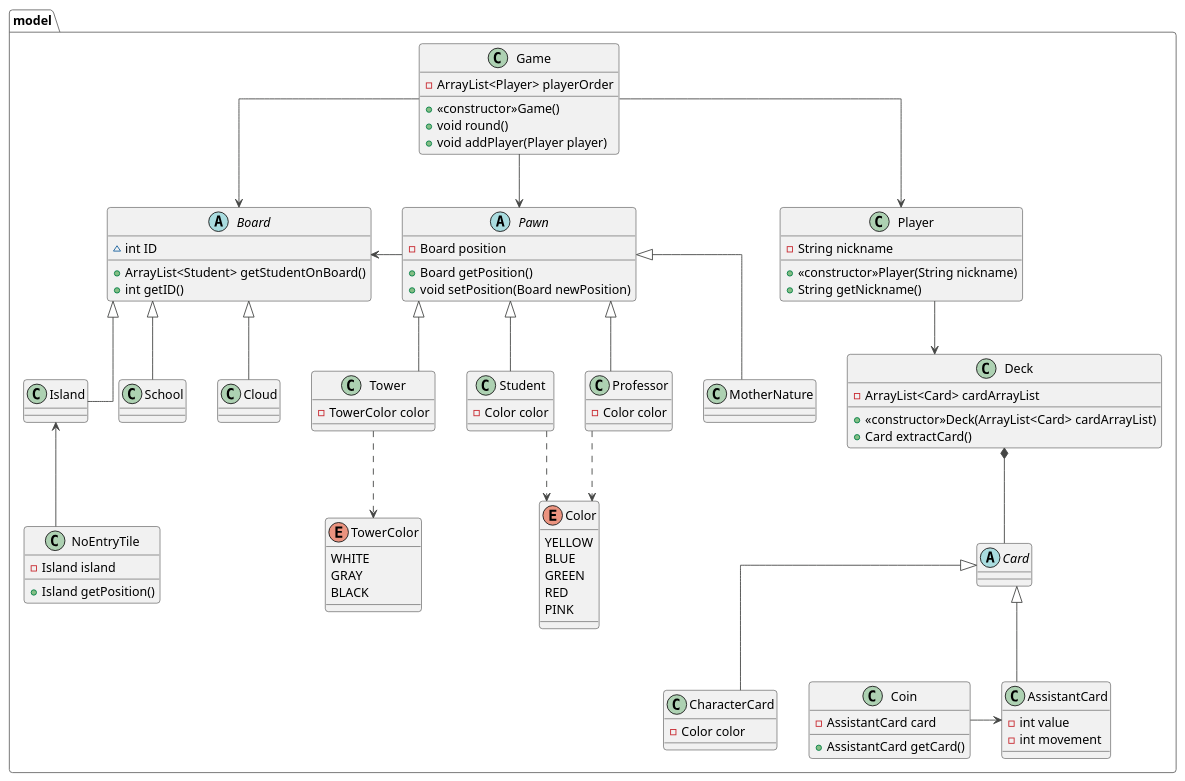
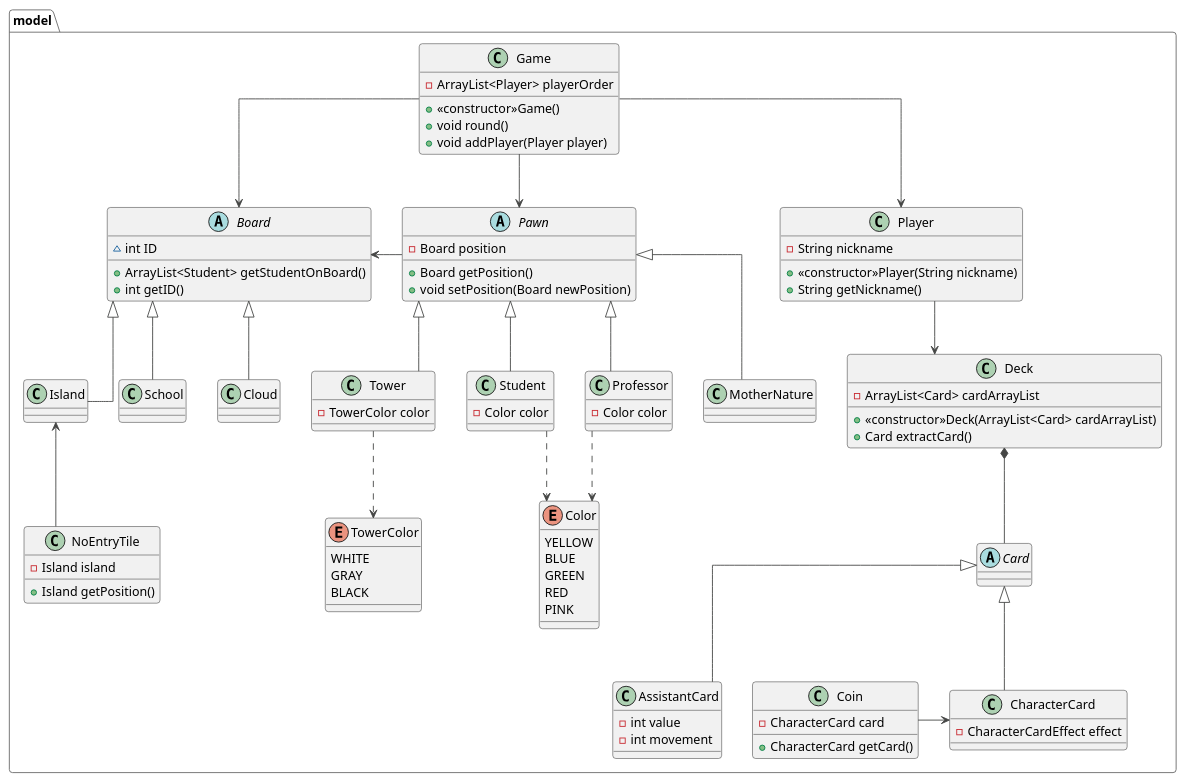
One commit to nicolozambon/ing-sw-2022-sciarrabba-sironi-zambon changed the diagram in uml/initial_uml.puml. Above: the diagram before and after it, drawn with PlantUML. The commit also changed 4 other files, not shown here.

Commit message:
Create CharacterCardEffect

```diff
--- a/uml/initial_uml.puml
+++ b/uml/initial_uml.puml
@@ -1,128 +1,128 @@
 @startuml initial_uml
 !theme vibrant
 skinparam Linetype polyline
 skinparam Linetype ortho
 
 package model <<Folder>> {
     enum Color {
         YELLOW
         BLUE
         GREEN
         RED
         PINK
     }
 
     enum TowerColor {
         WHITE
         GRAY
         BLACK
     }
 
     class Game {
         - ArrayList<Player> playerOrder
         + <<constructor>>Game()
         + void round()
         + void addPlayer(Player player)
     }
 
     abstract class Board {
         ~ int ID
         + ArrayList<Student> getStudentOnBoard()
         + int getID()
     }
     
     abstract class Pawn {
         - Board position
         + Board getPosition()
         + void setPosition(Board newPosition)
     }
 
     abstract class Card
 
     class Player {
         - String nickname
         + <<constructor>>Player(String nickname)
         + String getNickname()
     }
 
     class Island {
     
     }
     
     class School {
     
     }
 
     class Cloud {
 
     }
 
     class Professor {
         - Color color
     }
 
     class Student {
         - Color color
     }
 
     class Tower {
         - TowerColor color
     }
 
     class MotherNature
 
     class AssistantCard {
         - int value
         - int movement
     }
 
     class CharacterCard {
-        - Color color
+        - CharacterCardEffect effect
     }
 
     class Deck {
         - ArrayList<Card> cardArrayList
         + <<constructor>>Deck(ArrayList<Card> cardArrayList)
         + Card extractCard()
     }
 
     class Coin {
-        - AssistantCard card
-        + AssistantCard getCard()
+        - CharacterCard card
+        + CharacterCard getCard()
     }
 
     class NoEntryTile {
         - Island island
         + Island getPosition()
     }
 
     NoEntryTile -UP-> Island
-    Coin -RIGHT-> AssistantCard
+    Coin -RIGHT-> CharacterCard
 
     Card <|-DOWN- AssistantCard
     Card <|-- CharacterCard
 
     Board <|-DOWN- Island
     Board <|-DOWN- Cloud
     Board <|-DOWN- School
     Board <-RIGHT-- Pawn
 
     Pawn <|-- Professor
     Pawn <|-- Student
     Pawn <|-- Tower
     Pawn <|-- MotherNature
 
     Deck *-- Card
     Deck <-UP- Player
 
     Game --> Player
     Game --> Board
     Game --> Pawn
     
     Color <.UP. Professor
     Color <.UP. Student
 
     TowerColor <.UP. Tower
 }
 
 @enduml
```
